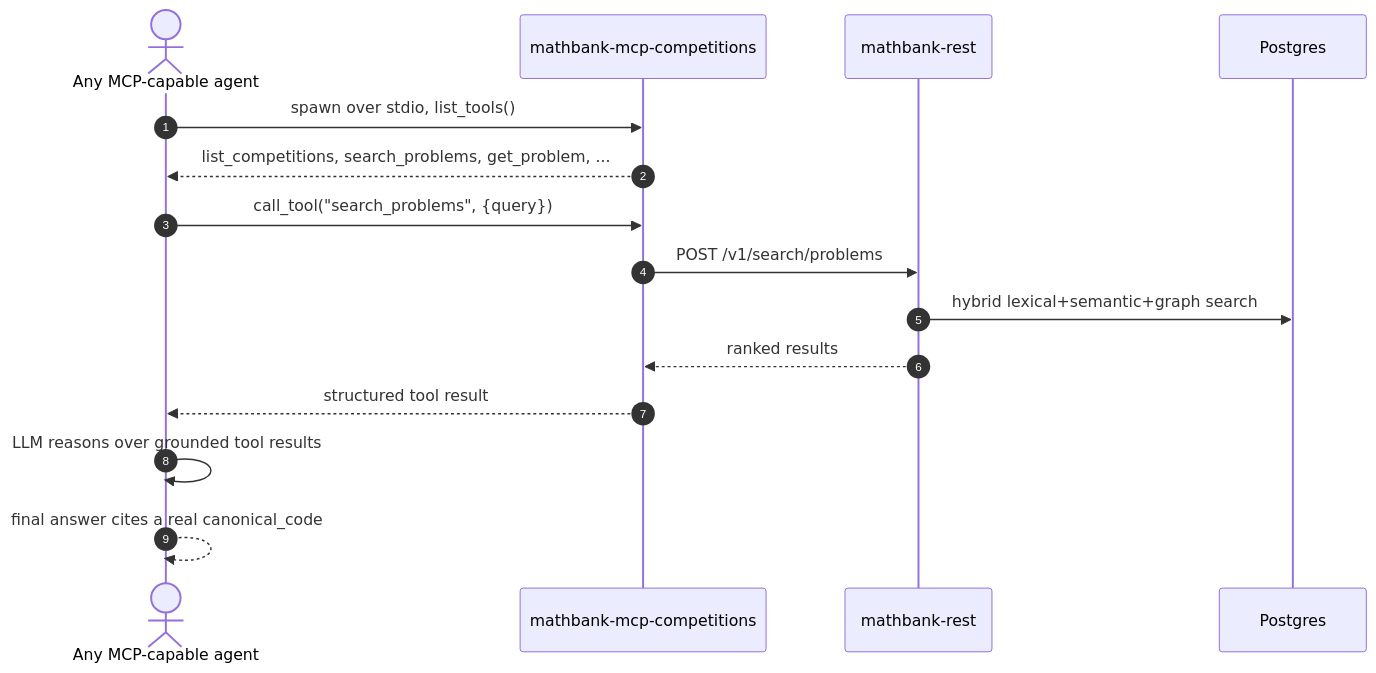
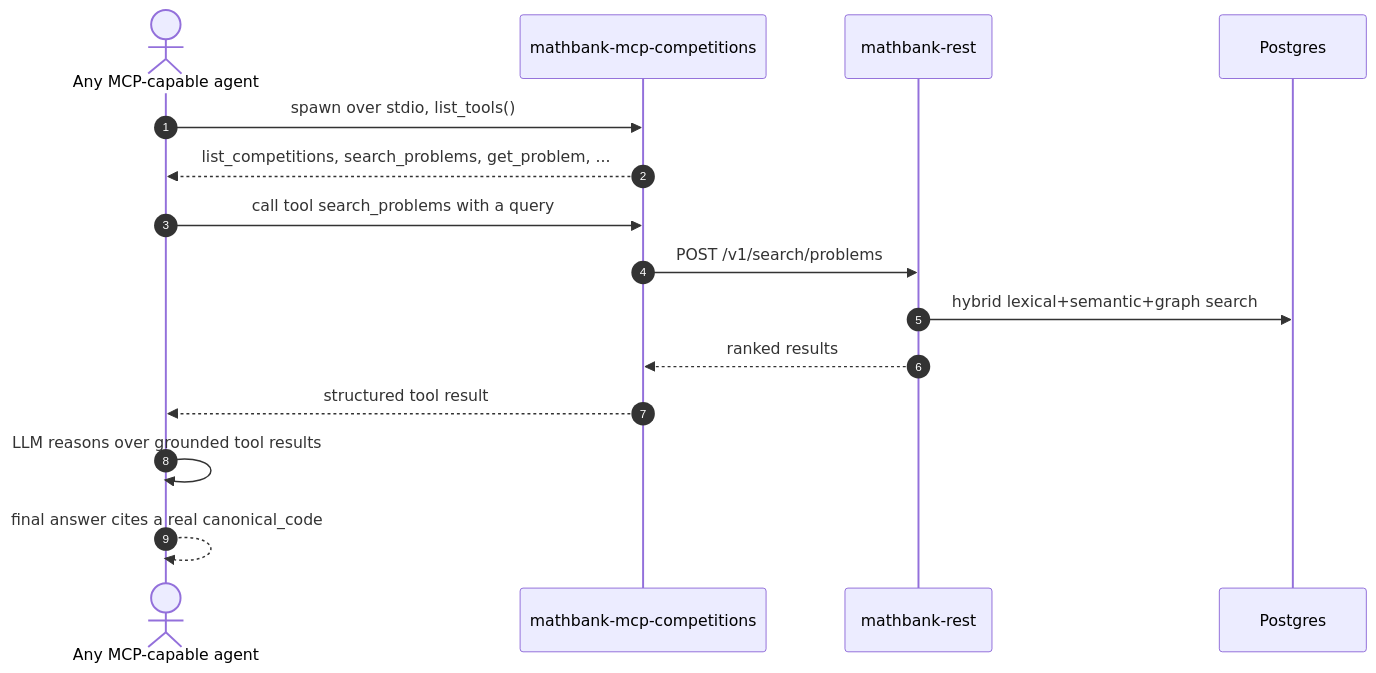
One commit to sutanuchaudhuri/knowledge-bank-ingestion changed the sixth of 11 diagrams in README.md. Above: the diagram before and after it, drawn with Mermaid. The commit also changed other lines of this file, not shown here.

````diff
--- a/README.md
+++ b/README.md
@@ -328,18 +328,18 @@
 ```mermaid
 sequenceDiagram
     autonumber
     actor Agent as Any MCP-capable agent
     participant MCP as mathbank-mcp-competitions
     participant RE as mathbank-rest
     participant PG as Postgres
 
     Agent->>MCP: spawn over stdio, list_tools()
     MCP-->>Agent: list_competitions, search_problems, get_problem, ...
-    Agent->>MCP: call_tool("search_problems", {query})
+    Agent->>MCP: call tool search_problems with a query
     MCP->>RE: POST /v1/search/problems
     RE->>PG: hybrid lexical+semantic+graph search
     RE-->>MCP: ranked results
     MCP-->>Agent: structured tool result
     Agent->>Agent: LLM reasons over grounded tool results
     Agent-->>Agent: final answer cites a real canonical_code
 ```
````
